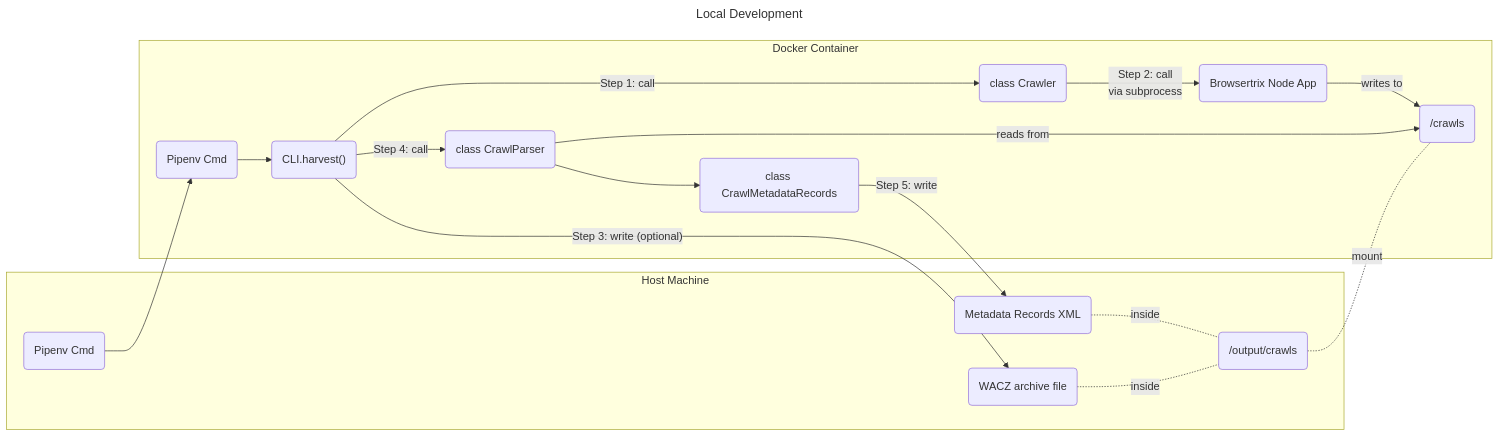
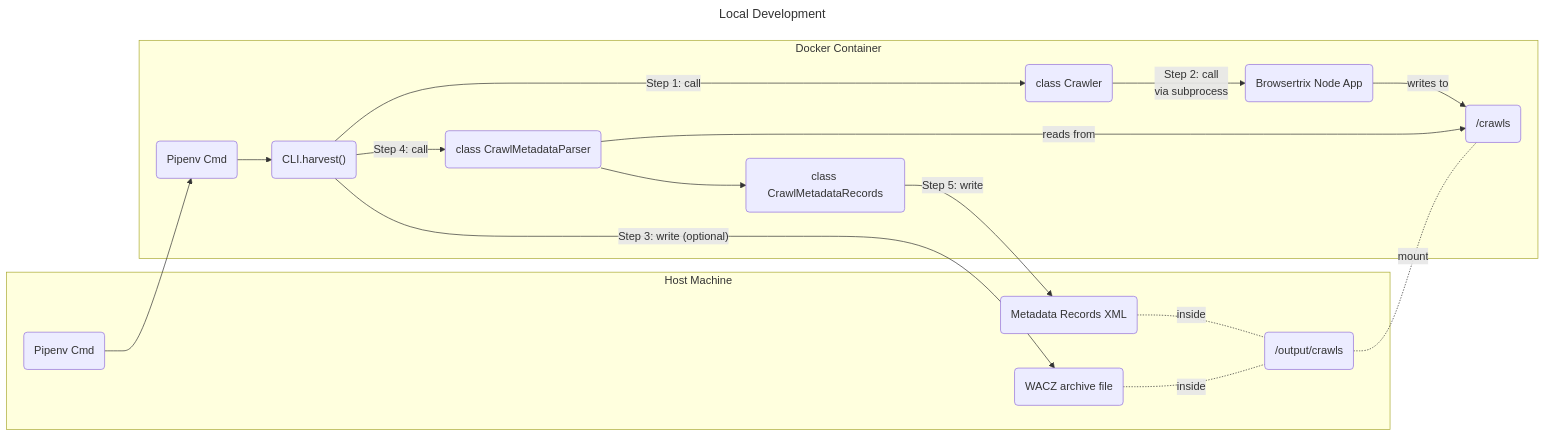
One commit to MITLibraries/browsertrix-harvester changed the second of 3 diagrams in docs/architecture.md. Above: the diagram before and after it, drawn with Mermaid. The commit also changed other lines of this file and 13 other files, not shown here.

````diff
--- a/docs/architecture.md
+++ b/docs/architecture.md
@@ -60,51 +66,51 @@
 ```mermaid
 ---
 title: Local Development
 ---
 flowchart LR
     
     %% host machine
     pipenv_cmd("Pipenv Cmd")
     output_folder("/output/crawls")
     
     %% docker container
     pipenv_cmd_container("Pipenv Cmd")
     cli_harvest("CLI.harvest()")
     crawler("class Crawler")
-    parser("class CrawlParser")
+    parser("class CrawlMetadataParser")
     metadata("class CrawlMetadataRecords")
     crawls_folder("/crawls")
     btrix("Browsertrix Node App")
     
     %% anywhere
     output_wacz("WACZ archive file")
     output_metadata("Metadata Records XML")
     
     pipenv_cmd --> pipenv_cmd_container
     output_folder -. mount .- crawls_folder
     
     subgraph Host Machine
         pipenv_cmd
         output_folder
         output_wacz
         output_metadata
         
         output_wacz -. inside .- output_folder
         output_metadata -. inside .- output_folder
     end
     
     subgraph Docker Container 
         btrix
         crawls_folder
         pipenv_cmd_container --> cli_harvest
         cli_harvest -->|Step 1: call| crawler
         crawler -->|Step 2: call\nvia subprocess| btrix        
         btrix -->|writes to| crawls_folder
         cli_harvest -->|Step 4: call| parser
         parser -->|reads from| crawls_folder
         parser --> metadata
     end
     
     cli_harvest -->|"Step 3: write (optional)"| output_wacz
     metadata -->|Step 5: write| output_metadata    
 ```
````
